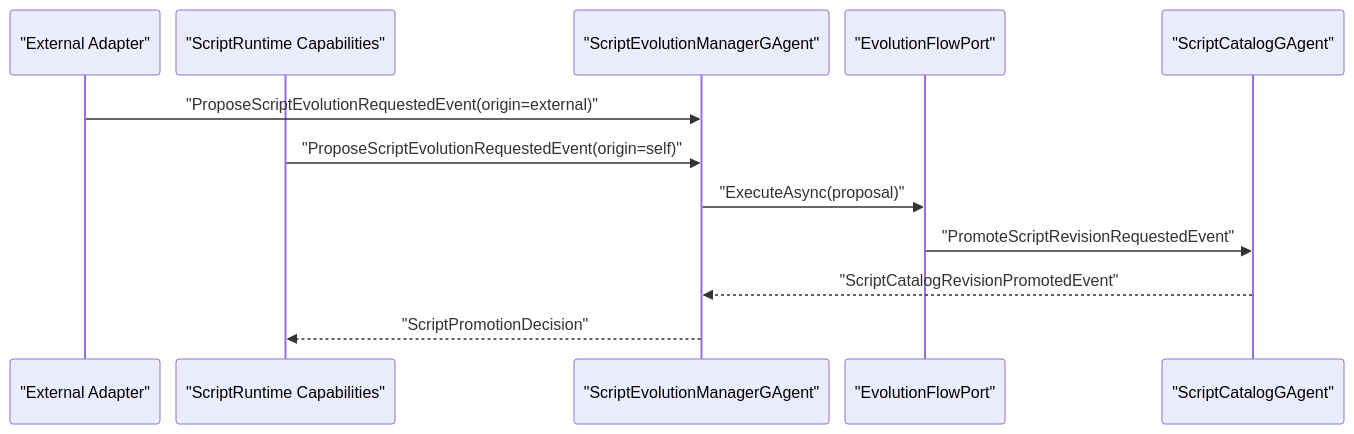
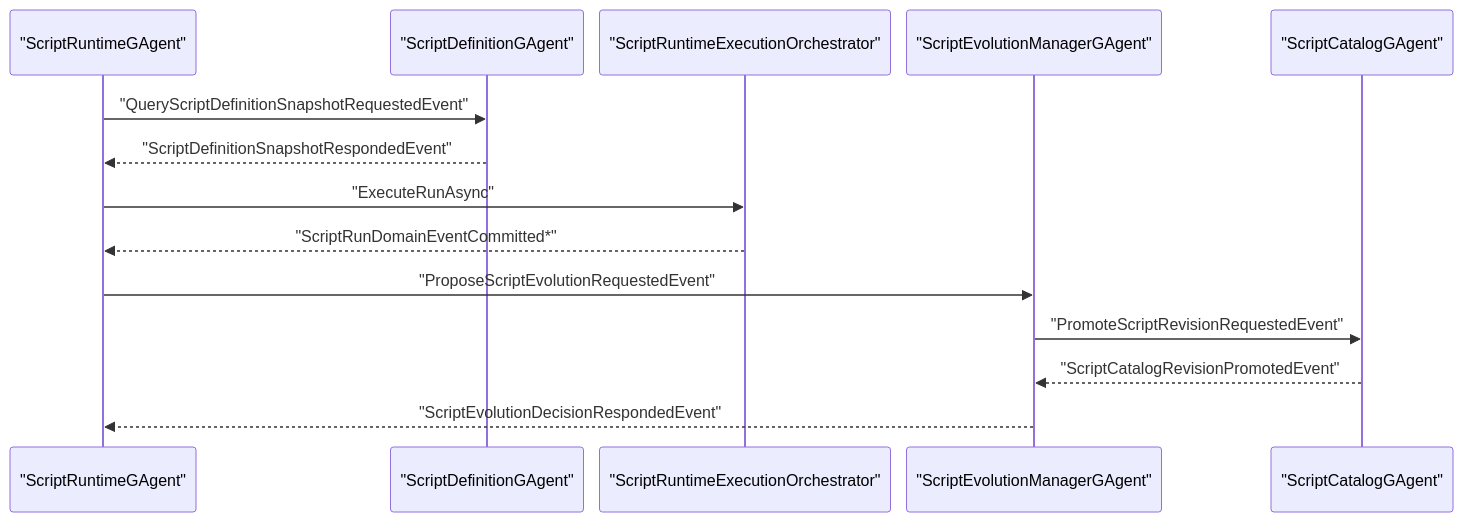
One commit to aevatarAI/aevatar changed the second of 2 diagrams in docs/SCRIPTING_ARCHITECTURE.md. Above: the diagram before and after it, drawn with Mermaid. The commit also changed other lines of this file and 15 other files, not shown here.

First line of the commit message:
Update Aevatar.Scripting architecture documentation and implement new event-driven features

````diff
--- a/docs/SCRIPTING_ARCHITECTURE.md
+++ b/docs/SCRIPTING_ARCHITECTURE.md
@@ -180,16 +145,19 @@
 ```mermaid
 %%{init: {"maxTextSize": 100000, "flowchart": {"useMaxWidth": false, "nodeSpacing": 10, "rankSpacing": 50}, "sequence": {"useMaxWidth": false, "actorMargin": 16, "messageMargin": 12, "diagramMarginX": 20, "diagramMarginY": 10}, "themeVariables": {"fontSize": "10px"}}}%%
 sequenceDiagram
-    participant EXT as "External Adapter"
-    participant RT as "ScriptRuntime Capabilities"
+    participant RT as "ScriptRuntimeGAgent"
+    participant DEF as "ScriptDefinitionGAgent"
+    participant ORC as "ScriptRuntimeExecutionOrchestrator"
     participant EVO as "ScriptEvolutionManagerGAgent"
-    participant FLOW as "EvolutionFlowPort"
     participant CAT as "ScriptCatalogGAgent"
 
-    EXT->>EVO: "ProposeScriptEvolutionRequestedEvent(origin=external)"
-    RT->>EVO: "ProposeScriptEvolutionRequestedEvent(origin=self)"
-    EVO->>FLOW: "ExecuteAsync(proposal)"
-    FLOW->>CAT: "PromoteScriptRevisionRequestedEvent"
+    RT->>DEF: "QueryScriptDefinitionSnapshotRequestedEvent"
+    DEF-->>RT: "ScriptDefinitionSnapshotRespondedEvent"
+    RT->>ORC: "ExecuteRunAsync"
+    ORC-->>RT: "ScriptRunDomainEventCommitted*"
+
+    RT->>EVO: "ProposeScriptEvolutionRequestedEvent"
+    EVO->>CAT: "PromoteScriptRevisionRequestedEvent"
     CAT-->>EVO: "ScriptCatalogRevisionPromotedEvent"
-    EVO-->>RT: "ScriptPromotionDecision"
+    EVO-->>RT: "ScriptEvolutionDecisionRespondedEvent"
 ```
````
